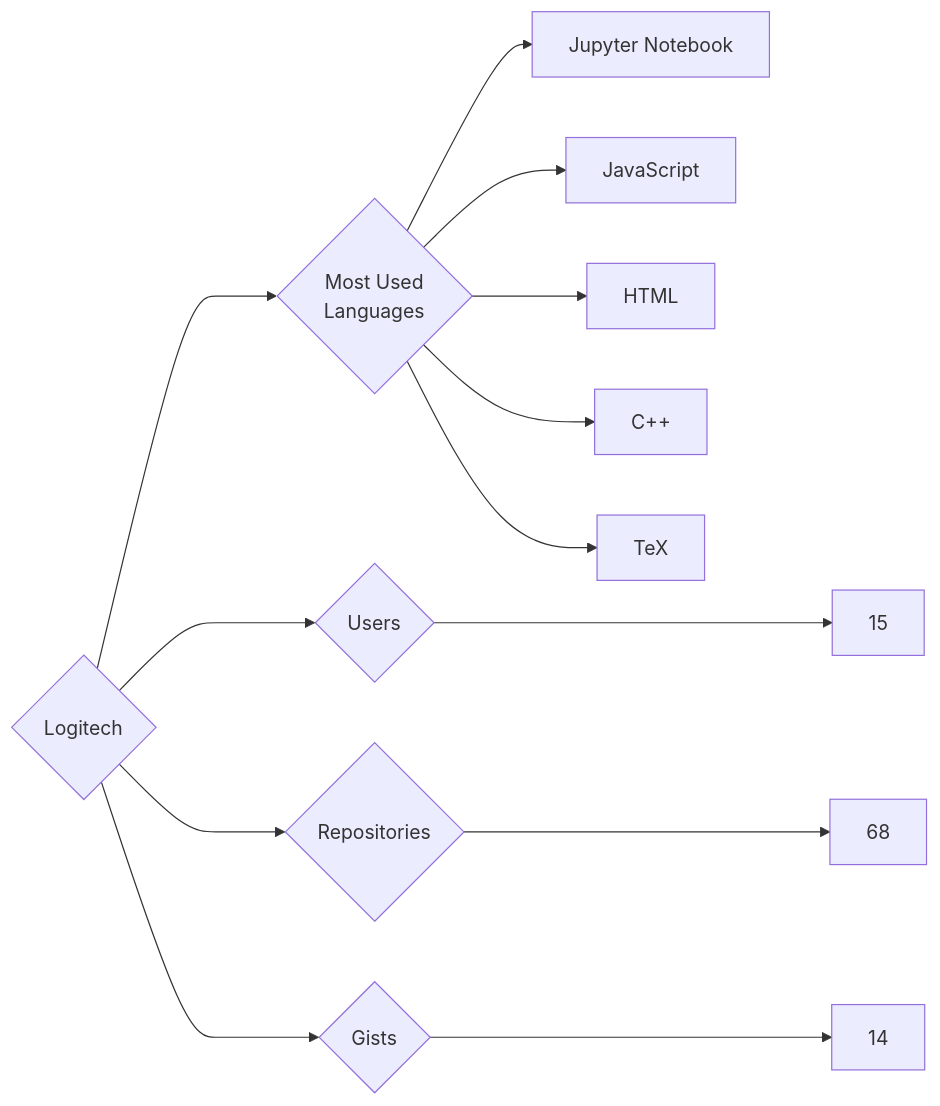
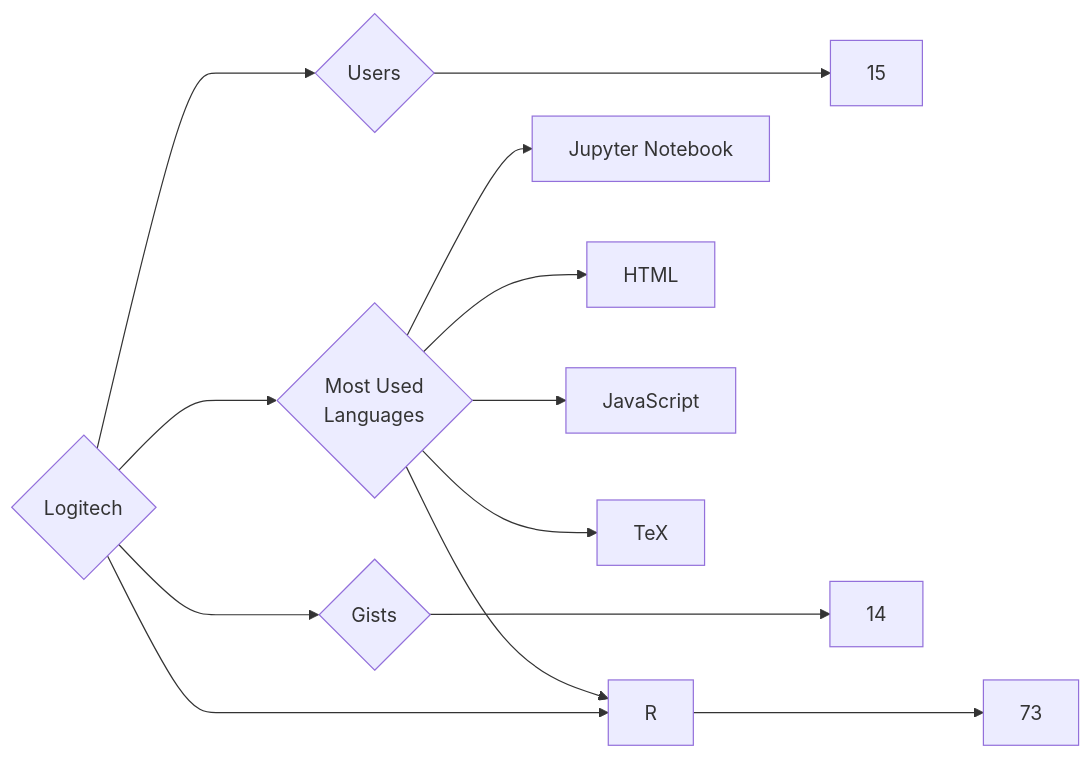
One commit to trickest/insiders changed the diagram in targets/Logitech/README.md. Above: the diagram before and after it, drawn with Mermaid. The commit also changed 888 other files, not shown here.

````diff
--- a/targets/Logitech/README.md
+++ b/targets/Logitech/README.md
@@ -3,13 +3,13 @@
 ```mermaid
 graph LR
 COMPANY_NAME{Logitech}
 COMPANY_NAME ---> U{Users} ---> UN[15]
-COMPANY_NAME ---> R{Repositories} ---> RN[68]
+COMPANY_NAME ---> R{Repositories} ---> RN[73]
 COMPANY_NAME ---> G{Gists} ---> GN[14]
 COMPANY_NAME ---> ML{Most Used<br>Languages}
 ML --> Jupyter_Notebook[Jupyter Notebook]
+ML --> HTML[HTML]
 ML --> JavaScript[JavaScript]
-ML --> HTML[HTML]
-ML --> C++[C++]
+ML --> R[R]
 ML --> TeX[TeX]
 ```
````
